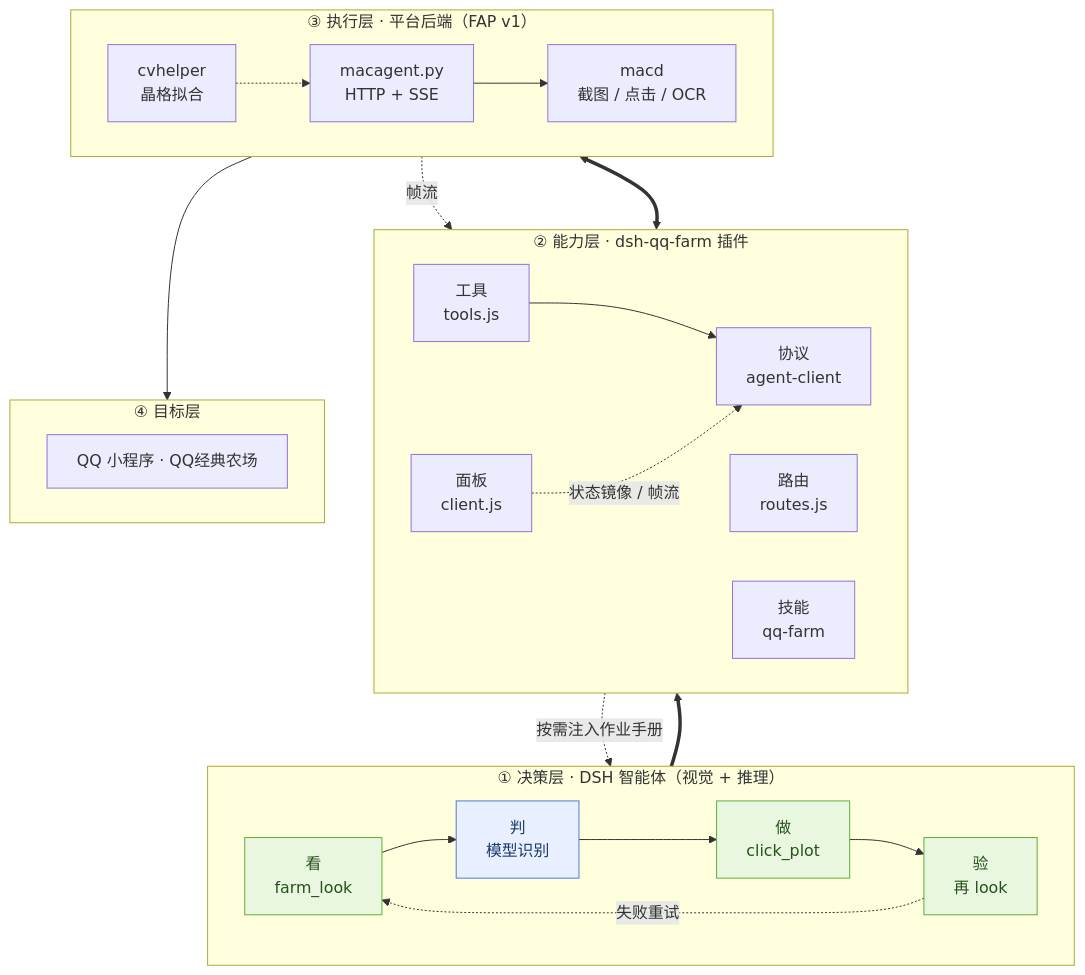
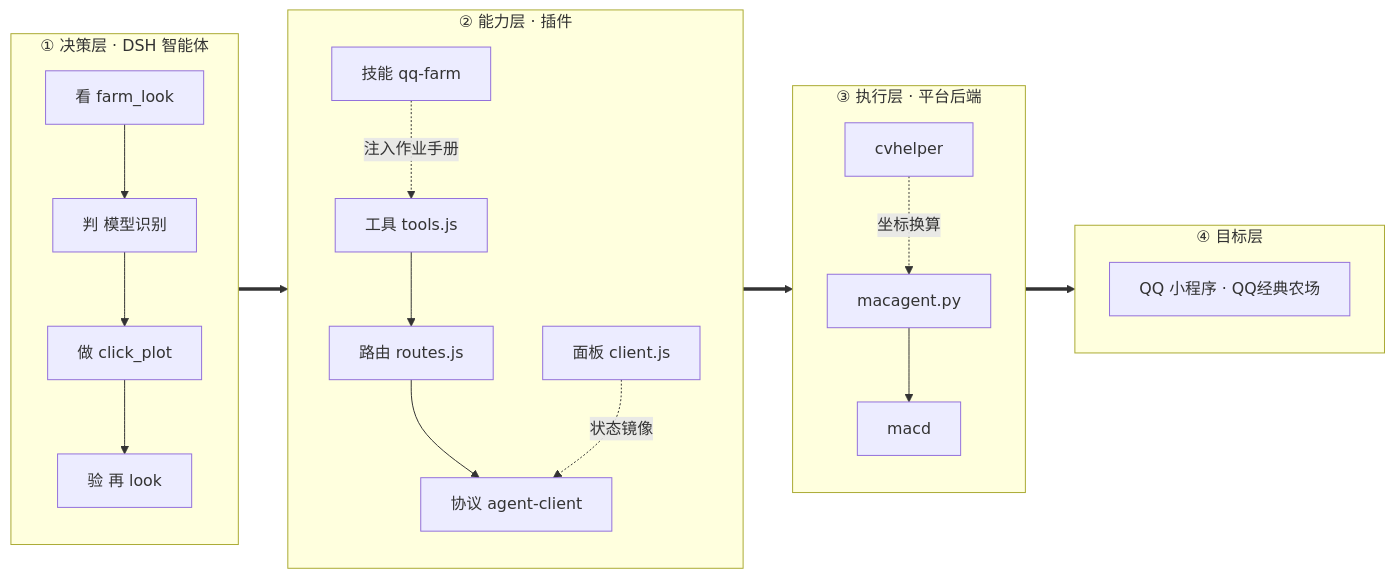
One commit to Moosphan/dsh-qq-farm changed the diagram in README.md. Above: the diagram before and after it, drawn with Mermaid.

Commit message:
docs: wide layered architecture diagram (LR layers, TB nodes)

````diff
--- a/README.md
+++ b/README.md
@@ -26,45 +26,39 @@
 ```mermaid
-flowchart TB
-    subgraph L1["① 决策层 · DSH 智能体（视觉 + 推理）"]
-        direction LR
-        A1["看<br/>farm_look"]:::act
-        A2["判<br/>模型识别"]:::think
-        A3["做<br/>click_plot"]:::act
-        A4["验<br/>再 look"]:::act
+flowchart LR
+    subgraph L1["① 决策层 · DSH 智能体"]
+        direction TB
+        A1["看 farm_look"]
+        A2["判 模型识别"]
+        A3["做 click_plot"]
+        A4["验 再 look"]
         A1 --> A2 --> A3 --> A4
-        A4 -. 失败重试 .-> A1
     end
 
-    subgraph L2["② 能力层 · dsh-qq-farm 插件"]
-        direction LR
-        B1["工具<br/>tools.js"]
-        B2["路由<br/>routes.js"]
-        B3["协议<br/>agent-client"]
-        B4["技能<br/>qq-farm"]
-        B5["面板<br/>client.js"]
+    subgraph L2["② 能力层 · 插件"]
+        direction TB
+        B1["工具 tools.js"]
+        B2["路由 routes.js"]
+        B3["协议 agent-client"]
+        B4["技能 qq-farm"]
+        B5["面板 client.js"]
+        B1 --> B2 --> B3
+        B4 -. 注入作业手册 .-> B1
+        B5 -. 状态镜像 .-> B3
     end
 
-    subgraph L3["③ 执行层 · 平台后端（FAP v1）"]
-        direction LR
-        C1["macagent.py<br/>HTTP + SSE"]
-        C2["macd<br/>截图 / 点击 / OCR"]
-        C3["cvhelper<br/>晶格拟合"]
+    subgraph L3["③ 执行层 · 平台后端"]
+        direction TB
+        C1["macagent.py"]
+        C2["macd"]
+        C3["cvhelper"]
+        C1 --> C2
+        C3 -. 坐标换算 .-> C1
     end
 
     subgraph L4["④ 目标层"]
-        direction LR
+        direction TB
         D1["QQ 小程序 · QQ经典农场"]
     end
 
-    A3 ==> B1
-    B1 --> B3
-    B3 <==> C1
-    C1 --> C2 --> D1
-    C3 -.-> C1
-    B4 -. 按需注入作业手册 .-> A2
-    B5 -. 状态镜像 / 帧流 .-> B3
-    C1 -. 帧流 .-> B5
-
-    classDef think fill:#e8f0ff,stroke:#4a7bd0,color:#1a3a6b
-    classDef act fill:#e9f7e0,stroke:#5fae3a,color:#27521a
+    L1 ==> L2 ==> L3 ==> L4
 ```
````
